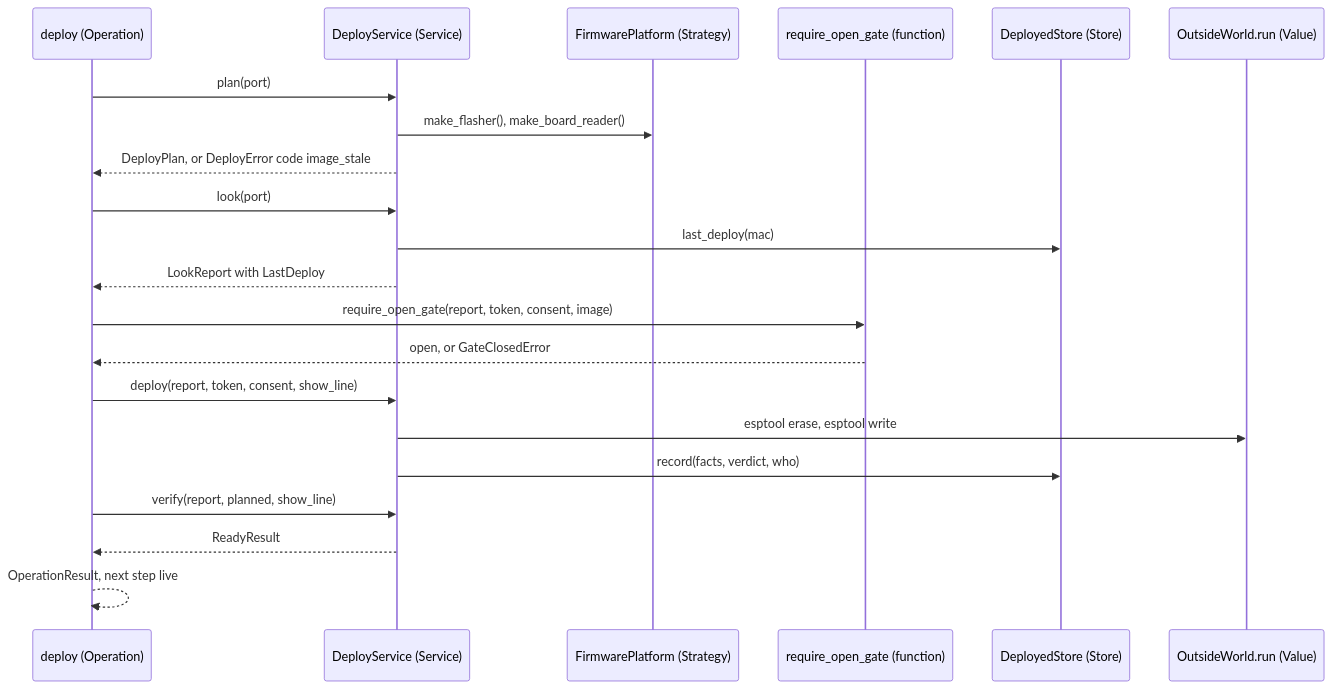
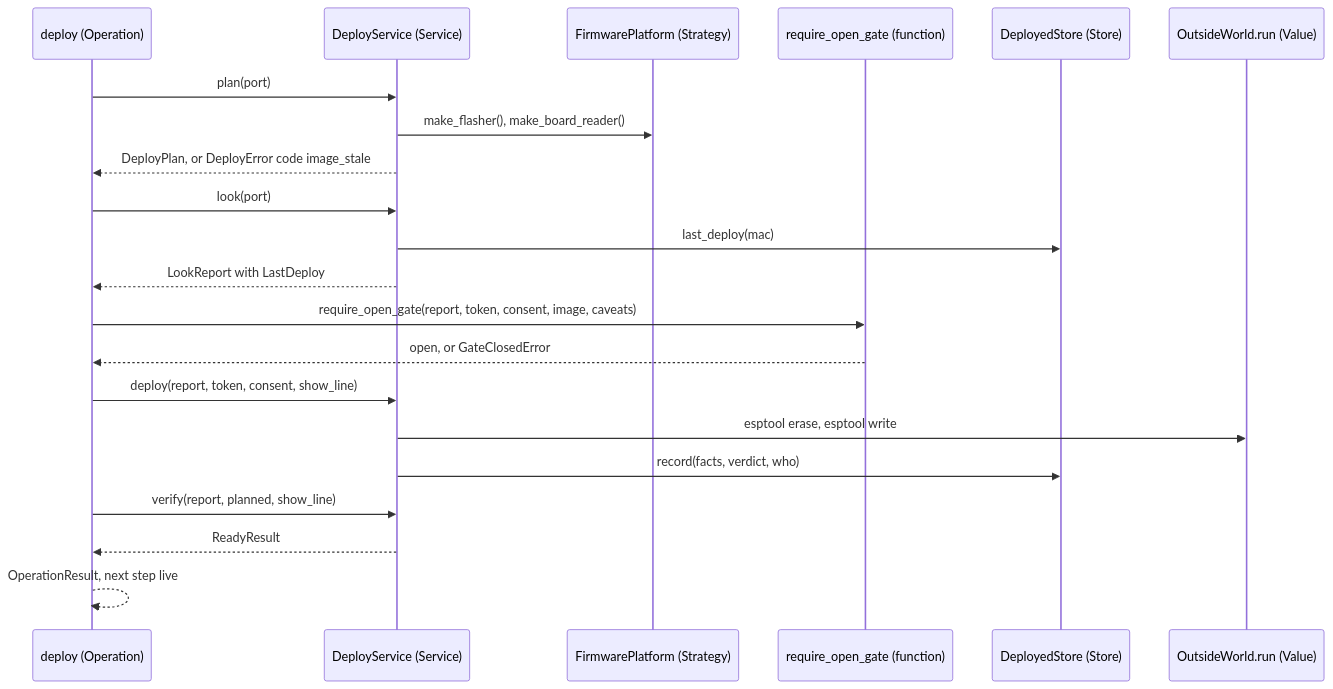
One commit to xmejkal/spark changed the fifth of 6 diagrams in docs/discovery/2026-10-19-p323-target-architecture/architecture/refactor-plan.md. Above: the diagram before and after it, drawn with Mermaid. The commit also changed other lines of this file and 19 other files, not shown here.

````diff
--- a/docs/discovery/2026-10-19-p323-target-architecture/architecture/refactor-plan.md
+++ b/docs/discovery/2026-10-19-p323-target-architecture/architecture/refactor-plan.md
@@ -174,23 +176,23 @@
 ```mermaid
 sequenceDiagram
   participant OP as deploy (Operation)
   participant DS as DeployService (Service)
   participant PL as FirmwarePlatform (Strategy)
   participant GT as require_open_gate (function)
   participant ST as DeployedStore (Store)
   participant OW as OutsideWorld.run (Value)
   OP->>DS: plan(port)
   DS->>PL: make_flasher(), make_board_reader()
   DS-->>OP: DeployPlan, or DeployError code image_stale
   OP->>DS: look(port)
   DS->>ST: last_deploy(mac)
   DS-->>OP: LookReport with LastDeploy
-  OP->>GT: require_open_gate(report, token, consent, image)
+  OP->>GT: require_open_gate(report, token, consent, image, caveats)
   GT-->>OP: open, or GateClosedError
   OP->>DS: deploy(report, token, consent, show_line)
   DS->>OW: esptool erase, esptool write
   DS->>ST: record(facts, verdict, who)
   OP->>DS: verify(report, planned, show_line)
   DS-->>OP: ReadyResult
   OP-->>OP: OperationResult, next step live
 ```
````
